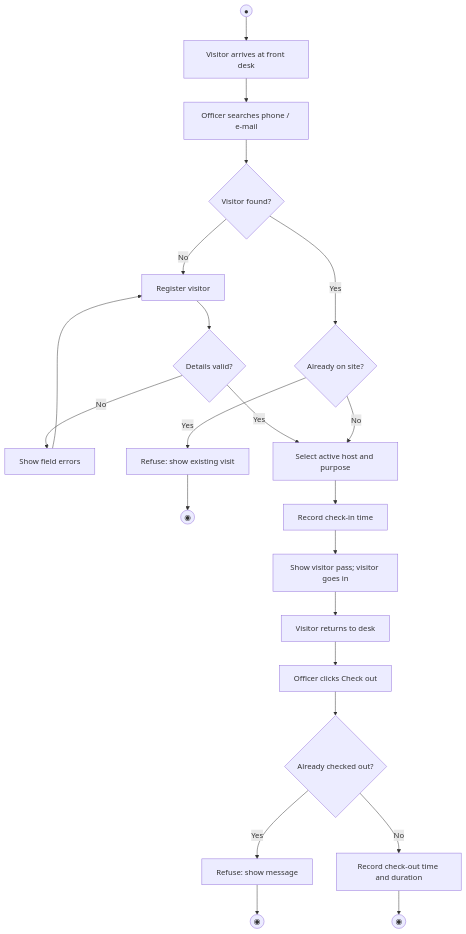
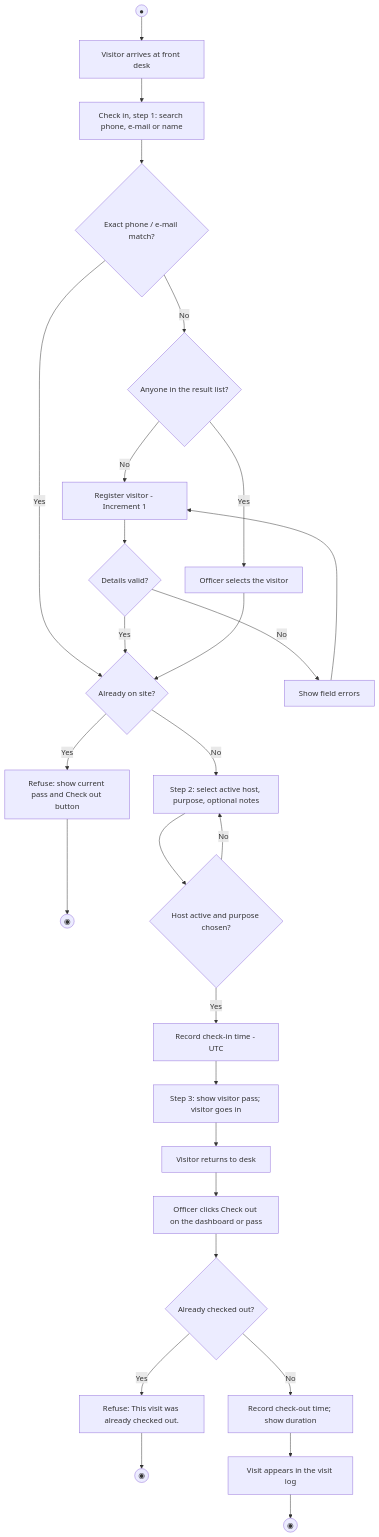
Before and after one commit to ceetek1/visma: the seventh of 7 diagrams in docs/03-design.md, drawn with Mermaid. The commit also changed other lines of this file, not shown here.

First line of the commit message:
docs(p3): final check-in sequence, visit-lifecycle activity and class diagrams

````diff
--- a/docs/03-design.md
+++ b/docs/03-design.md
@@ -351,21 +418,27 @@
 ```mermaid
 flowchart TD
     start((●)) --> arrive[Visitor arrives at front desk]
-    arrive --> lookup[Officer searches phone / e-mail]
-    lookup --> found{Visitor found?}
-    found -- No --> register[Register visitor]
+    arrive --> lookup[Check in, step 1: search phone, e-mail or name]
+    lookup --> exact{Exact phone / e-mail match?}
+    exact -- Yes --> onsite
+    exact -- No --> list{Anyone in the result list?}
+    list -- No --> register[Register visitor - Increment 1]
     register --> valid{Details valid?}
     valid -- No --> fix[Show field errors] --> register
-    valid -- Yes --> choose
-    found -- Yes --> onsite{Already on site?}
-    onsite -- Yes --> refuse[Refuse: show existing visit] --> stop1((◉))
-    onsite -- No --> choose[Select active host and purpose]
-    choose --> checkin[Record check-in time]
-    checkin --> pass[Show visitor pass; visitor goes in]
+    valid -- Yes --> onsite
+    list -- Yes --> pick[Officer selects the visitor] --> onsite
+    onsite{Already on site?}
+    onsite -- Yes --> refuse[Refuse: show current pass and Check out button] --> stop1((◉))
+    onsite -- No --> choose[Step 2: select active host, purpose, optional notes]
+    choose --> rules{Host active and purpose chosen?}
+    rules -- No --> choose
+    rules -- Yes --> checkin[Record check-in time - UTC]
+    checkin --> pass[Step 3: show visitor pass; visitor goes in]
     pass --> leave[Visitor returns to desk]
-    leave --> checkout[Officer clicks Check out]
+    leave --> checkout[Officer clicks Check out on the dashboard or pass]
     checkout --> already{Already checked out?}
-    already -- Yes --> refuse2[Refuse: show message] --> stop2((◉))
-    already -- No --> record[Record check-out time and duration]
-    record --> stop3((◉))
+    already -- Yes --> refuse2[Refuse: This visit was already checked out.] --> stop2((◉))
+    already -- No --> record[Record check-out time; show duration]
+    record --> history[Visit appears in the visit log]
+    history --> stop3((◉))
 ```
````
